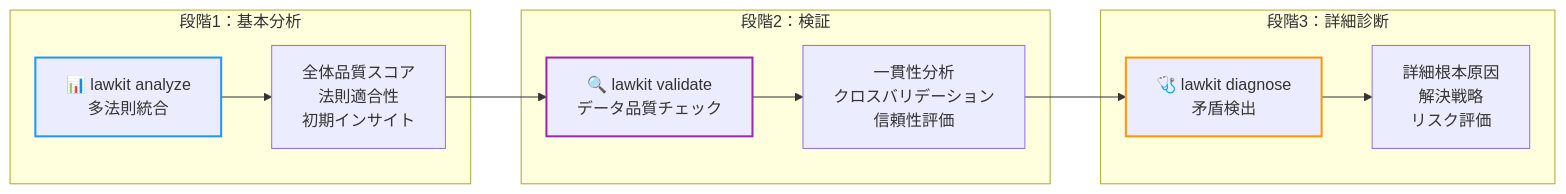
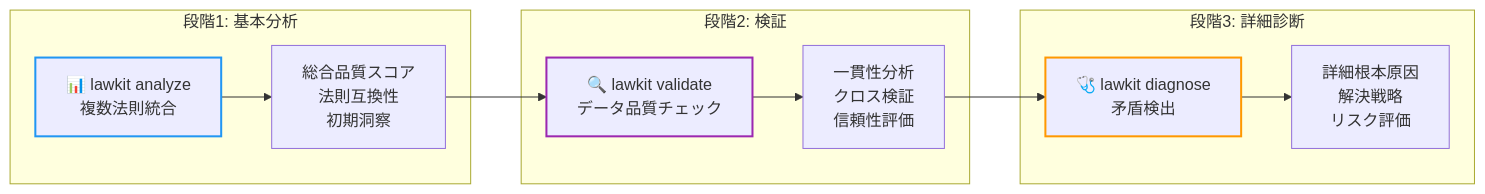
One commit to kako-jun/lawkit changed the second of 3 diagrams in README_ja.md. Above: the diagram before and after it, drawn with Mermaid. The commit also changed other lines of this file and 39 other files, not shown here.

First line of the commit message:
update: Matrix 1 translation progress - completed architecture files

````diff
--- a/README_ja.md
+++ b/README_ja.md
@@ -137,20 +137,20 @@
 ```mermaid
 graph LR
-    subgraph "段階1：基本分析"
-        A[📊 lawkit analyze<br/>多法則統合] --> A1[全体品質スコア<br/>法則適合性<br/>初期インサイト]
+    subgraph "段階1: 基本分析"
+        A[📊 lawkit analyze<br/>複数法則統合] --> A1[総合品質スコア<br/>法則互換性<br/>初期洞察]
     end
     
-    subgraph "段階2：検証"
+    subgraph "段階2: 検証"
         A1 --> B[🔍 lawkit validate<br/>データ品質チェック] 
-        B --> B1[一貫性分析<br/>クロスバリデーション<br/>信頼性評価]
+        B --> B1[一貫性分析<br/>クロス検証<br/>信頼性評価]
     end
     
-    subgraph "段階3：詳細診断"
+    subgraph "段階3: 詳細診断"
         B1 --> C[🩺 lawkit diagnose<br/>矛盾検出]
         C --> C1[詳細根本原因<br/>解決戦略<br/>リスク評価]
     end
     
     style A stroke:#2196f3,stroke-width:2px
     style B stroke:#9c27b0,stroke-width:2px
     style C stroke:#ff9800,stroke-width:2px
 ```
````
